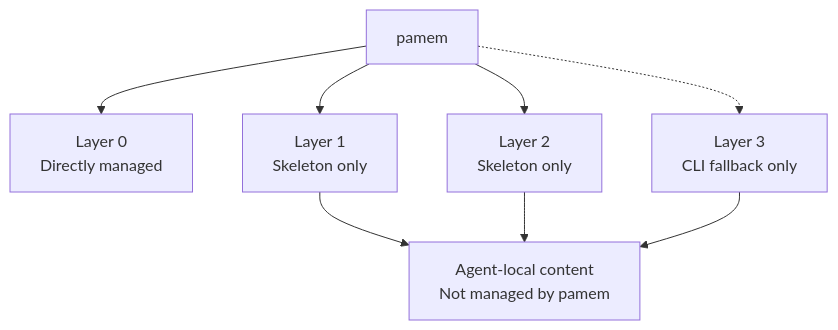
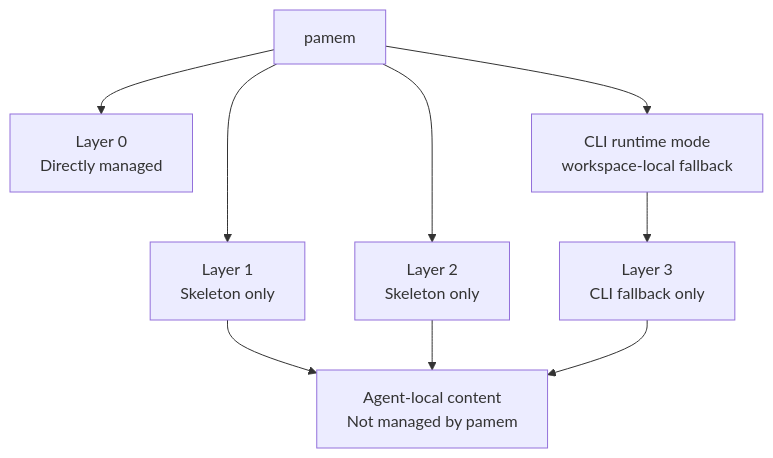
Before and after one commit to PHLens/pamem: the second of 2 diagrams in DESIGN.md, drawn with Mermaid. The commit also changed 8 other files, not shown here.

````diff
--- a/DESIGN.md
+++ b/DESIGN.md
@@ -89,17 +89,19 @@
 ```mermaid
 flowchart TD
     P["pamem"]
     L0["Layer 0<br/>Directly managed"]
     L1["Layer 1<br/>Skeleton only"]
     L2["Layer 2<br/>Skeleton only"]
     L3["Layer 3<br/>CLI fallback only"]
+    CLI["CLI runtime mode<br/>workspace-local fallback"]
     C["Agent-local content<br/>Not managed by pamem"]
 
     P --> L0
     P --> L1
     P --> L2
-    P -.-> L3
+    P --> CLI
+    CLI --> L3
     L1 --> C
     L2 --> C
     L3 --> C
 ```
````
